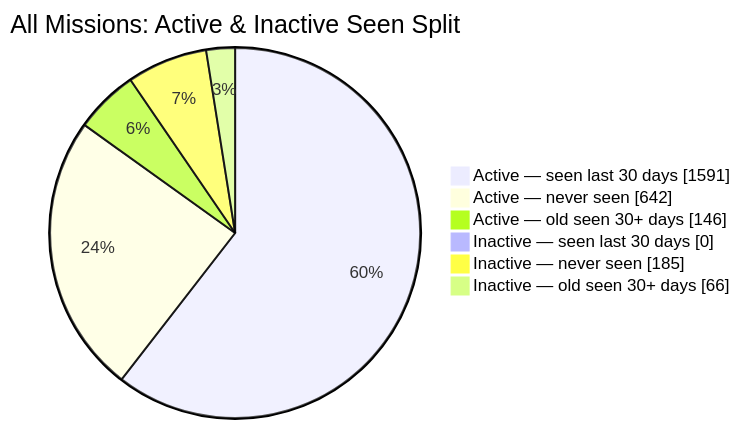
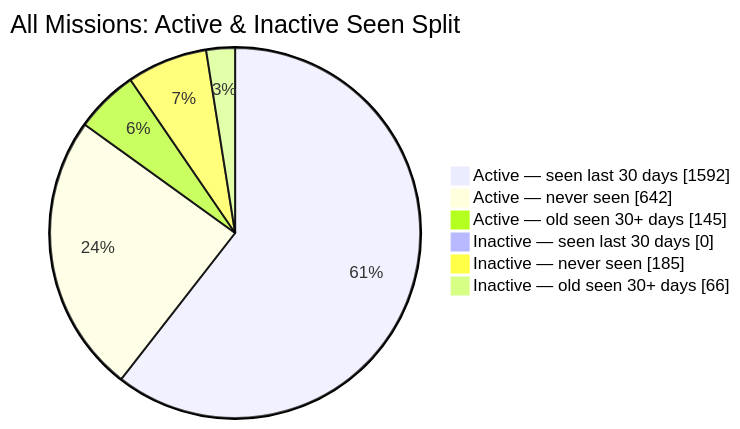
One commit to MeldkamerspelGameTeam/active-missions changed the second of 2 diagrams in README.md. Above: the diagram before and after it, drawn with Mermaid. The commit also changed other lines of this file and 2 other files, not shown here.

````diff
--- a/README.md
+++ b/README.md
@@ -44,10 +44,10 @@
 ```mermaid
 pie showData
     title All Missions: Active & Inactive Seen Split
-    "Active — seen last 30 days" : 1591
+    "Active — seen last 30 days" : 1592
     "Active — never seen" : 642
-    "Active — old seen 30+ days" : 146
+    "Active — old seen 30+ days" : 145
     "Inactive — seen last 30 days" : 0
     "Inactive — never seen" : 185
     "Inactive — old seen 30+ days" : 66
 ```
````
